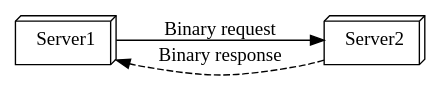
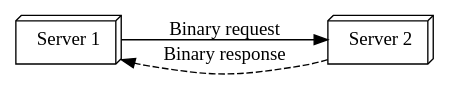
Before and after one commit to bignosethethird/Technical-Architecture-Notes: the seventh of 28 diagrams in HLD Solutiuon Architecture [Project].md, drawn with Graphviz. The commit also changed other lines of this file, not shown here.

Commit message:
Update HLD Solutiuon Architecture [Project].md

````diff
--- a/HLD Solutiuon Architecture [Project].md
+++ b/HLD Solutiuon Architecture [Project].md
@@ -1919,11 +2513,11 @@
 ```graphviz
 digraph gRPC {
     rankdir=LR;
     size="8,5"
-    Server1 [shape = box3d];
-	Server2 [shape = box3d];
+    Server1 [shape = box3d; label="Server 1"];
+	Server2 [shape = box3d; label="Server 2"];
     Server1 -> Server2 [label = "Binary request"];
 	Server2 -> Server1 [label = "Binary response", style="dashed"];
 	
 }
 ```
````
